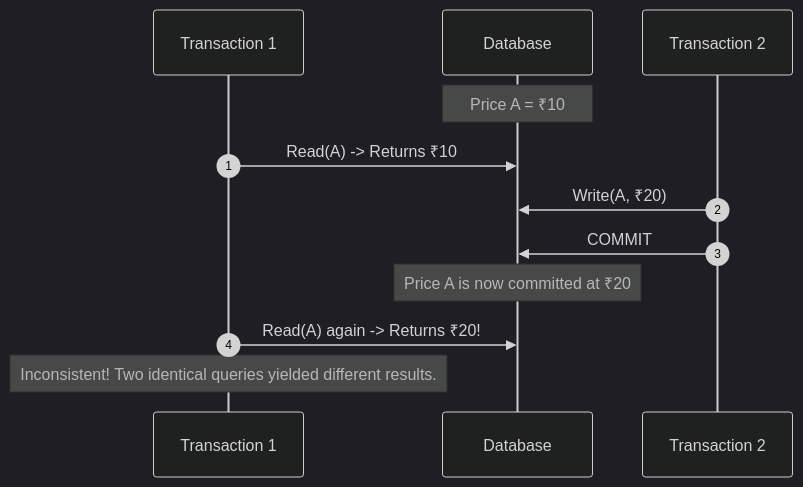
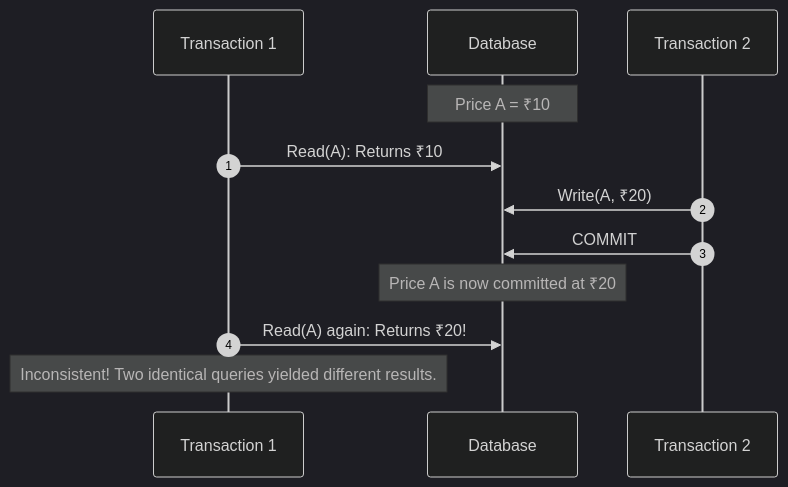
One commit to rohithgowda18/Notes changed the sixth of 18 diagrams in 02-DBMS/Transactions-and-Concurrency-Control.md. Above: the diagram before and after it, drawn with Mermaid (dark theme). The commit also changed other lines of this file and 4 other files, not shown here.

````diff
--- a/02-DBMS/Transactions-and-Concurrency-Control.md
+++ b/02-DBMS/Transactions-and-Concurrency-Control.md
@@ -208,15 +208,15 @@
 ```mermaid
 sequenceDiagram
     autonumber
     participant T1 as Transaction 1
     participant DB as Database
     participant T2 as Transaction 2
 
     Note over DB: Price A = ₹10
-    T1->>DB: Read(A) -> Returns ₹10
+    T1->>DB: Read(A): Returns ₹10
     T2->>DB: Write(A, ₹20)
     T2->>DB: COMMIT
     Note over DB: Price A is now committed at ₹20
-    T1->>DB: Read(A) again -> Returns ₹20!
+    T1->>DB: Read(A) again: Returns ₹20!
     Note over T1: Inconsistent! Two identical queries yielded different results.
 ```
````
